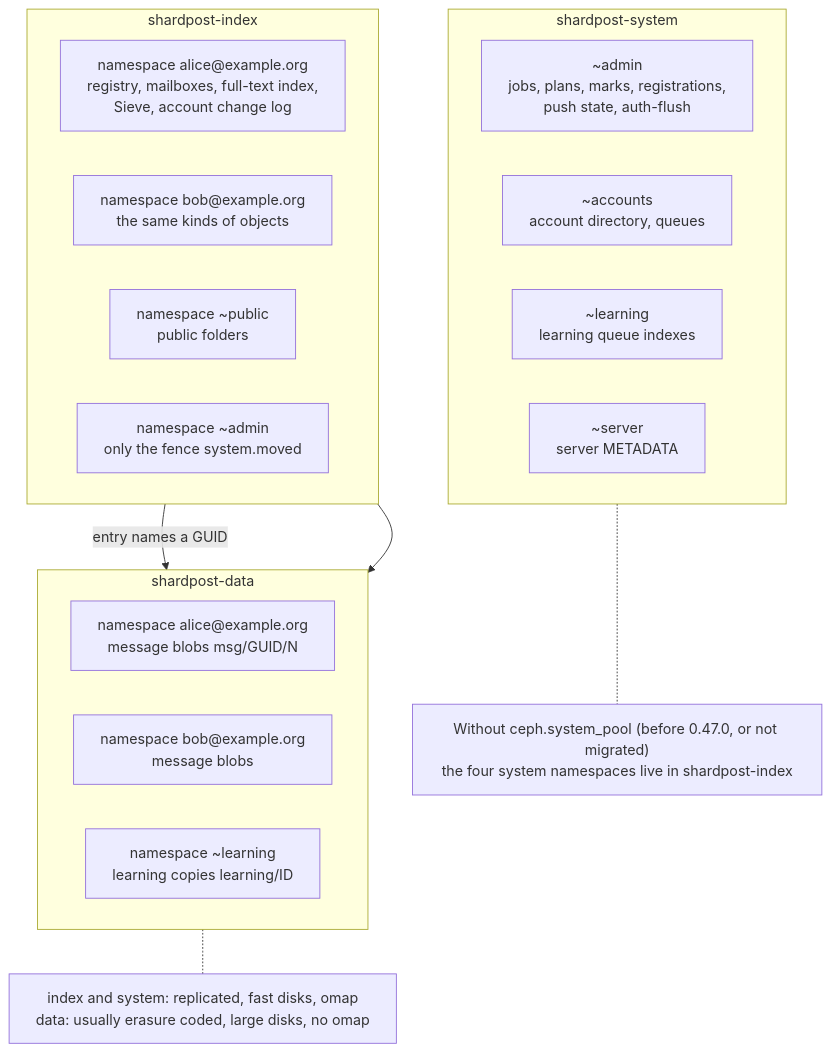
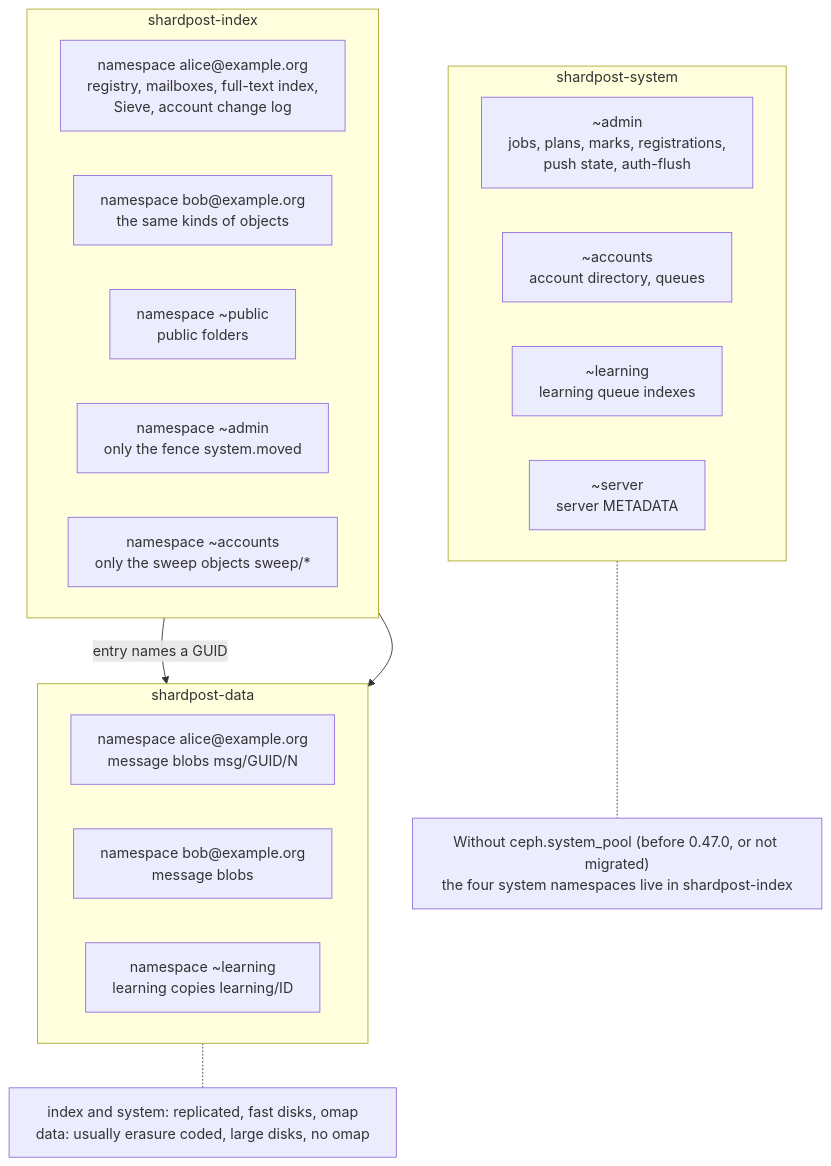
The diagram in docs/diagrams/course-pools.mmd (croessner/shardpost), drawn with Mermaid before and after one commit. The commit also changed 4 other files, not shown here.

```diff
--- a/docs/diagrams/course-pools.mmd
+++ b/docs/diagrams/course-pools.mmd
@@ -1,30 +1,31 @@
 %% "@#8288;" is an at sign and a word joiner: it keeps Mermaid
 %% from rendering the address as a link.
 %%{init: {"flowchart": {"wrappingWidth": 400}}}%%
 flowchart TB
     subgraph IDX["shardpost-index"]
         direction LR
         IA["namespace alice@#8288;example.org<br/>registry, mailboxes, full-text index,<br/>Sieve, account change log"]
         IB["namespace bob@#8288;example.org<br/>the same kinds of objects"]
         IP["namespace ~public<br/>public folders"]
         IF["namespace ~admin<br/>only the fence system.moved"]
+        IS["namespace ~accounts<br/>only the sweep objects sweep/*"]
     end
     subgraph DATA["shardpost-data"]
         direction LR
         DA["namespace alice@#8288;example.org<br/>message blobs msg/GUID/N"]
         DB["namespace bob@#8288;example.org<br/>message blobs"]
         DL["namespace ~learning<br/>learning copies learning/ID"]
     end
     subgraph SYS["shardpost-system"]
         direction LR
         SA["~admin<br/>jobs, plans, marks, registrations,<br/>push state, auth-flush"]
         SC["~accounts<br/>account directory, queues"]
         SL["~learning<br/>learning queue indexes"]
         SS["~server<br/>server METADATA"]
     end
     IA -->|"entry names a GUID"| DA
     KIND["index and system: replicated, fast disks, omap<br/>data: usually erasure coded, large disks, no omap"]
     DATA -.- KIND
     IB --> DB
     NOTE["Without ceph.system_pool (before 0.47.0, or not migrated)<br/>the four system namespaces live in shardpost-index"]
     SYS -.- NOTE
```
